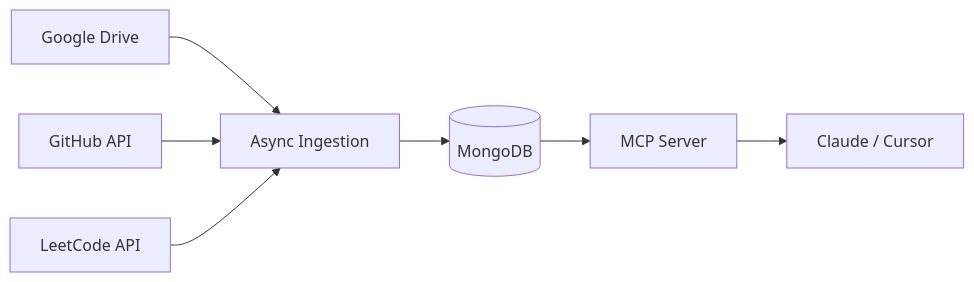
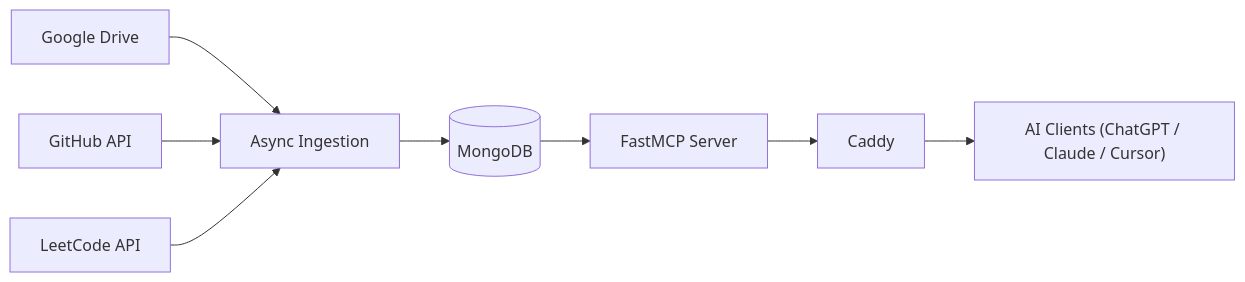
Before and after one commit to Armaan457/MyMCP: the diagram in README.md, drawn with Mermaid. The commit also changed other lines of this file and 3 other files, not shown here.

````diff
--- a/README.md
+++ b/README.md
@@ -9,7 +9,7 @@
 ```mermaid
 flowchart LR
     Drive["Google Drive"] --> Sync["Async Ingestion"]
     GitHub["GitHub API"] --> Sync
     LeetCode["LeetCode API"] --> Sync
-    Sync --> DB[("MongoDB")] --> Server["MCP Server"] --> AI["Claude / Cursor"]
+    Sync --> DB[("MongoDB")] --> Server["FastMCP Server"] --> Caddy --> AI["AI Clients (ChatGPT / Claude / Cursor)"]
 ```
````
